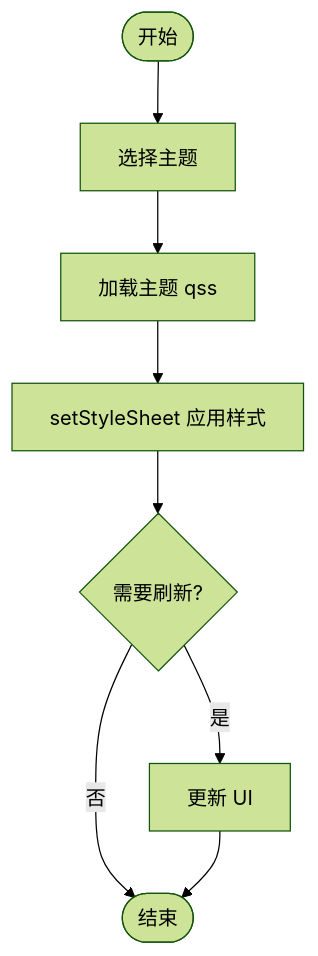
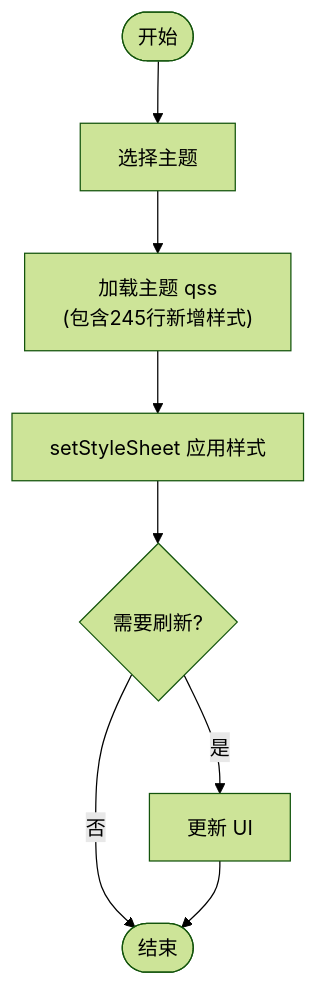
One commit to jakecai1225-design/OpenBus changed the fourth of 4 diagrams in .qoder/repowiki/zh/content/样式系统.md. Above: the diagram before and after it, drawn with Mermaid (forest theme). The commit also changed other lines of this file and 31 other files, not shown here.

````diff
--- a/.qoder/repowiki/zh/content/样式系统.md
+++ b/.qoder/repowiki/zh/content/样式系统.md
@@ -295,10 +299,10 @@
 ```mermaid
 flowchart TD
 Start(["开始"]) --> SelectTheme["选择主题"]
-SelectTheme --> LoadQSS["加载主题 qss"]
+SelectTheme --> LoadQSS["加载主题 qss<br/>(包含245行新增样式)"]
 LoadQSS --> Apply["setStyleSheet 应用样式"]
 Apply --> Refresh{"需要刷新?"}
 Refresh --> |是| UpdateUI["更新 UI"]
 Refresh --> |否| End(["结束"])
 UpdateUI --> End
 ```
````
